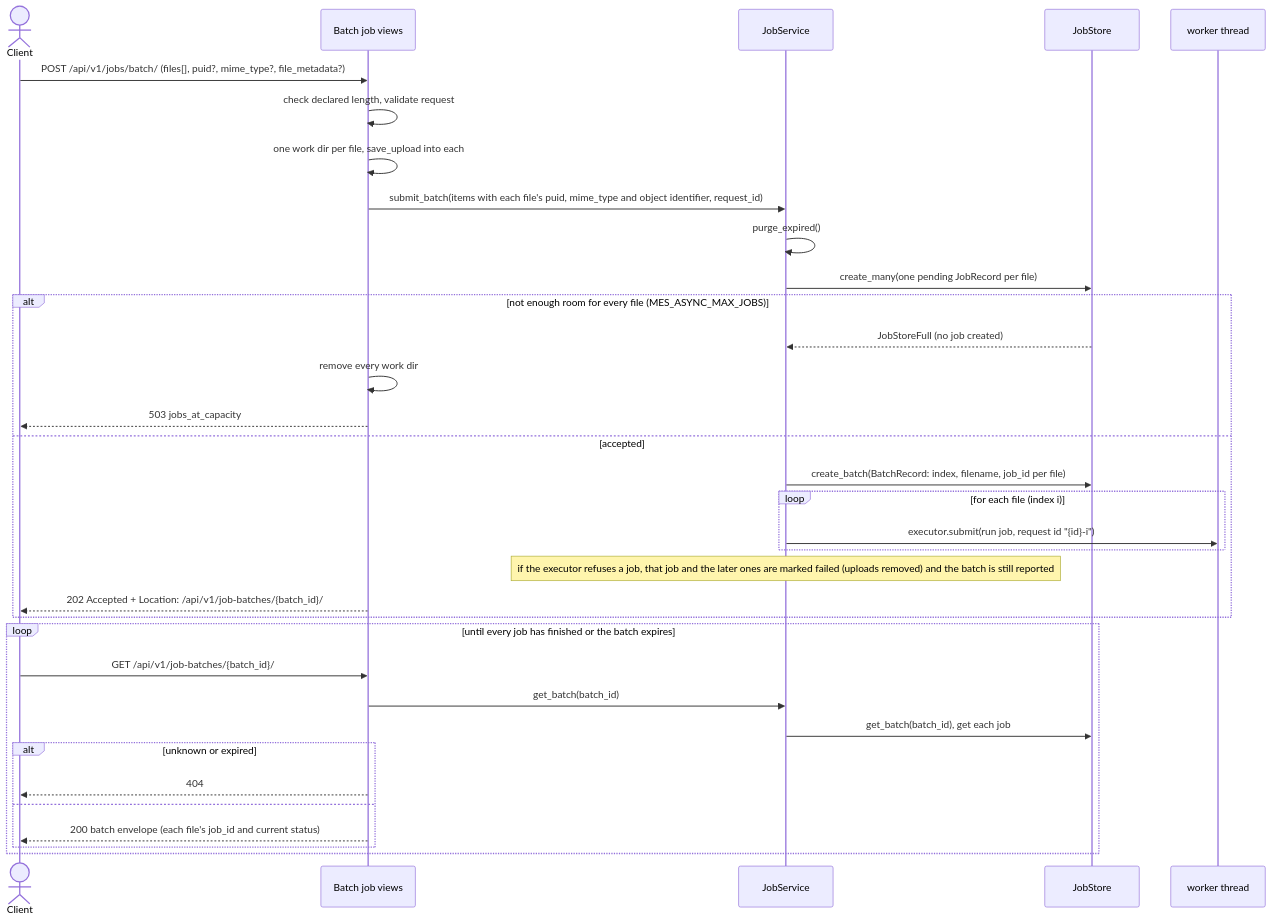
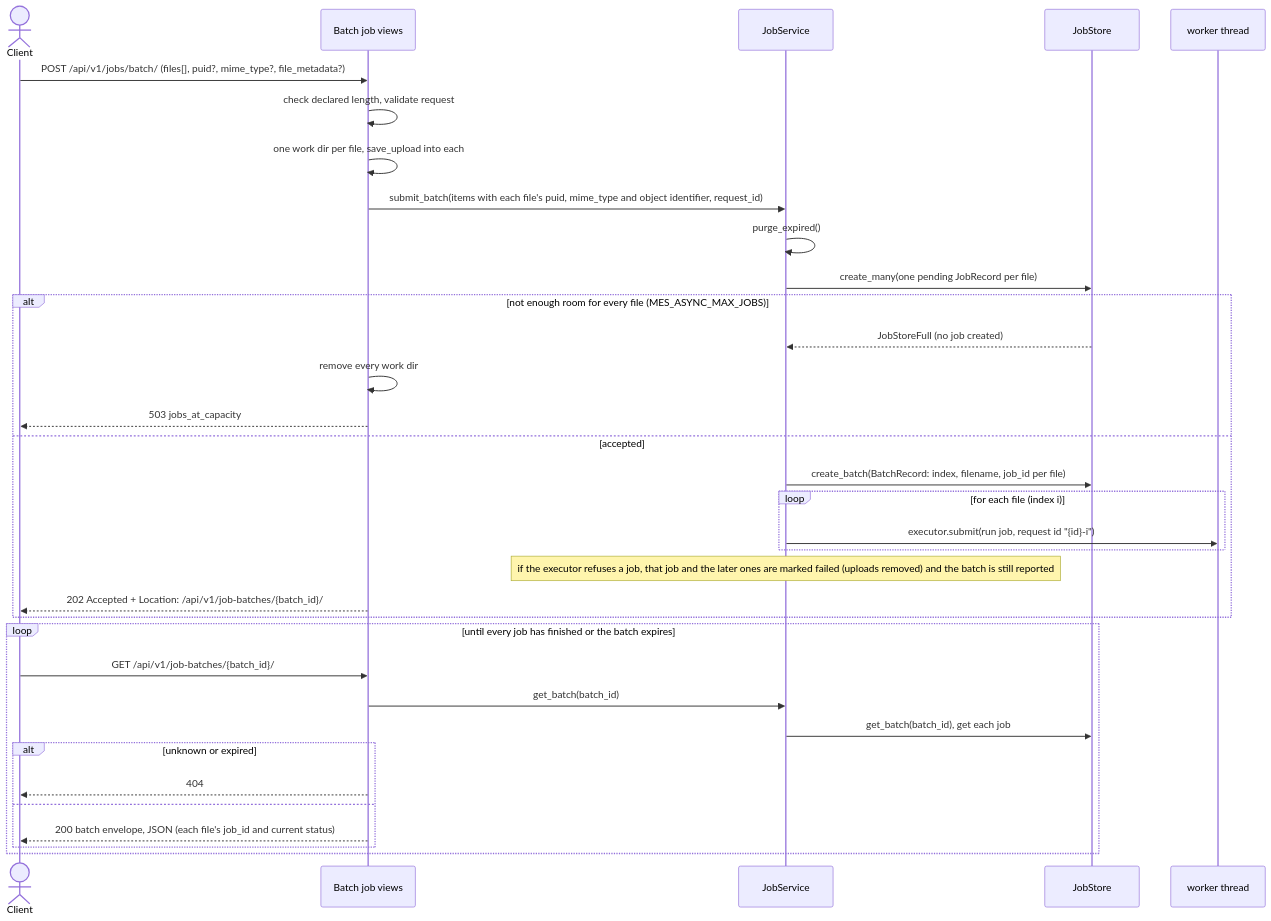
The fifth of 5 diagrams in docs/diagrams.md (EOSC-EDEN/metadata-extraction-service), drawn with Mermaid before and after one commit. The commit also changed other lines of this file and 35 other files, not shown here.

````diff
--- a/docs/diagrams.md
+++ b/docs/diagrams.md
@@ -233,38 +238,38 @@
 ```mermaid
 sequenceDiagram
     actor Client
     participant API as Batch job views
     participant Jobs as JobService
     participant Store as JobStore
     participant Worker as worker thread
 
     Client->>API: POST /api/v1/jobs/batch/ (files[], puid?, mime_type?, file_metadata?)
     API->>API: check declared length, validate request
     API->>API: one work dir per file, save_upload into each
     API->>Jobs: submit_batch(items with each file's puid, mime_type and object identifier, request_id)
     Jobs->>Jobs: purge_expired()
     Jobs->>Store: create_many(one pending JobRecord per file)
     alt not enough room for every file (MES_ASYNC_MAX_JOBS)
         Store-->>Jobs: JobStoreFull (no job created)
         API->>API: remove every work dir
         API-->>Client: 503 jobs_at_capacity
     else accepted
         Jobs->>Store: create_batch(BatchRecord: index, filename, job_id per file)
         loop for each file (index i)
             Jobs->>Worker: executor.submit(run job, request id "{id}-i")
         end
         note over Jobs: if the executor refuses a job, that job and the later ones are marked failed (uploads removed) and the batch is still reported
         API-->>Client: 202 Accepted + Location: /api/v1/job-batches/{batch_id}/
     end
 
     loop until every job has finished or the batch expires
         Client->>API: GET /api/v1/job-batches/{batch_id}/
         API->>Jobs: get_batch(batch_id)
         Jobs->>Store: get_batch(batch_id), get each job
         alt unknown or expired
             API-->>Client: 404
         else
-            API-->>Client: 200 batch envelope (each file's job_id and current status)
+            API-->>Client: 200 batch envelope, JSON (each file's job_id and current status)
         end
     end
 ```
````
